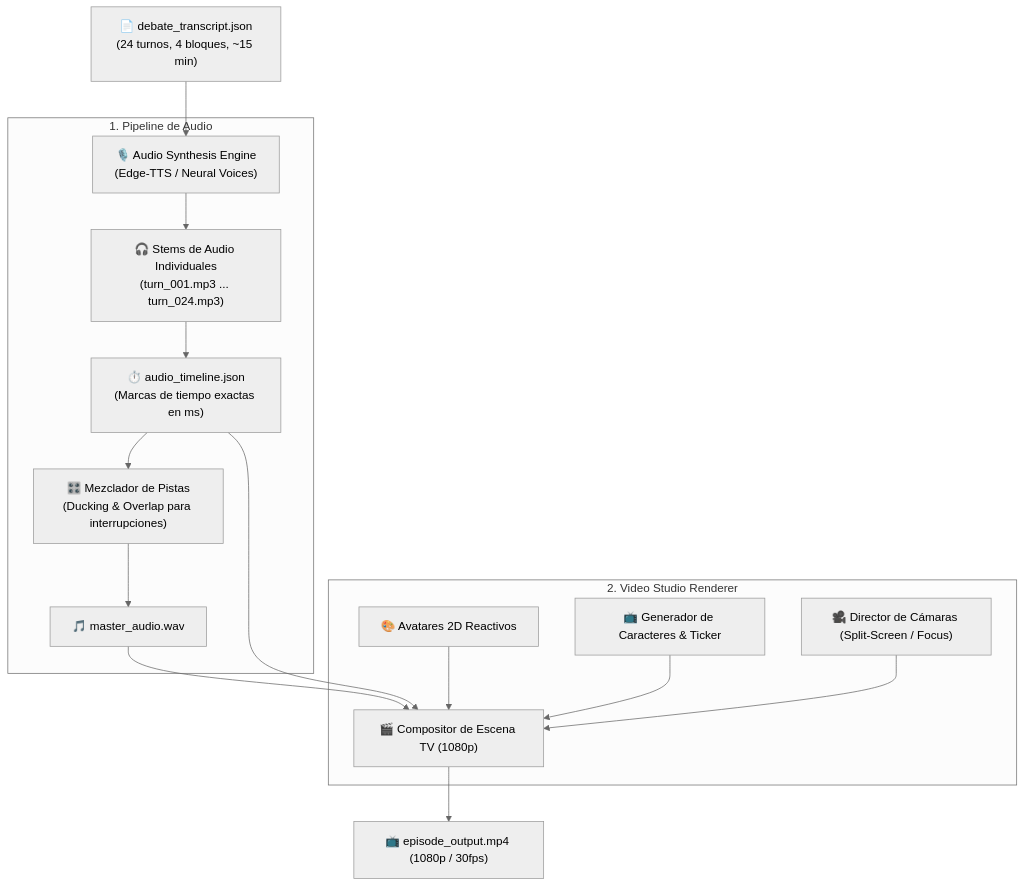
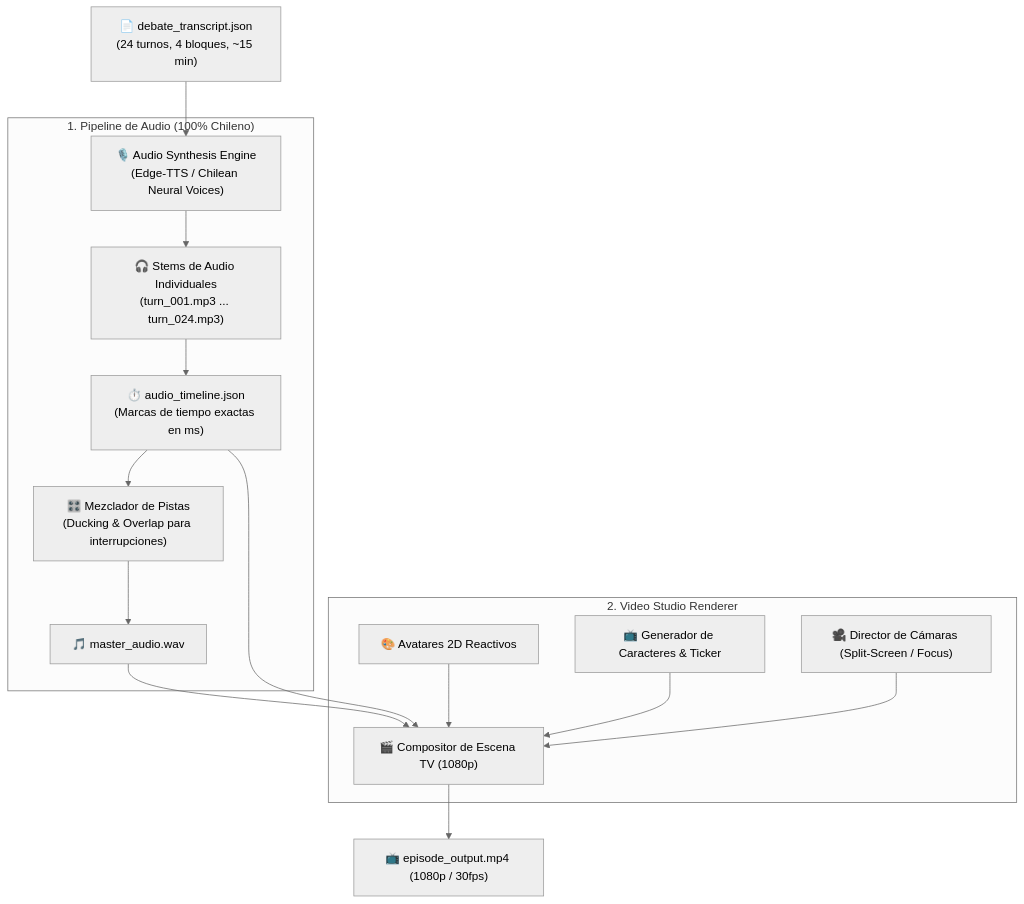
Before and after one commit to geoidegeoidal/political_deathmatch: the diagram in openspec/changes/003-tts-audio-and-video-studio/design.md, drawn with Mermaid (neutral theme). The commit also changed other lines of this file and 2 other files, not shown here.

Commit message:
feat(personas): adjust all 15 personas and voices to 100% authentic Chilean archetypes and sociocultural registers

````diff
--- a/openspec/changes/003-tts-audio-and-video-studio/design.md
+++ b/openspec/changes/003-tts-audio-and-video-studio/design.md
@@ -5,21 +5,21 @@
 ```mermaid
 flowchart TD
-    Transcript["📄 debate_transcript.json<br/>(24 turnos, 4 bloques, ~15 min)"] --> AudioPipeline["🎙️ Audio Synthesis Engine<br/>(Edge-TTS / Neural Voices)"]
+    Transcript["📄 debate_transcript.json<br/>(24 turnos, 4 bloques, ~15 min)"] --> AudioPipeline["🎙️ Audio Synthesis Engine<br/>(Edge-TTS / Chilean Neural Voices)"]
     
-    subgraph AudioEngine ["1. Pipeline de Audio"]
+    subgraph AudioEngine ["1. Pipeline de Audio (100% Chileno)"]
         AudioPipeline --> Stems["🎧 Stems de Audio Individuales<br/>(turn_001.mp3 ... turn_024.mp3)"]
         Stems --> Timeline["⏱️ audio_timeline.json<br/>(Marcas de tiempo exactas en ms)"]
         Timeline --> Mixer["🎛️ Mezclador de Pistas<br/>(Ducking & Overlap para interrupciones)"]
         Mixer --> MasterAudio["🎵 master_audio.wav"]
     end
 
     subgraph VideoEngine ["2. Video Studio Renderer"]
         MasterAudio --> Composer["🎬 Compositor de Escena TV (1080p)"]
         Timeline --> Composer
         Avatars["🎨 Avatares 2D Reactivos"] --> Composer
         GC["📺 Generador de Caracteres & Ticker"] --> Composer
         Camera["🎥 Director de Cámaras (Split-Screen / Focus)"] --> Composer
     end
 
     Composer --> FinalVideo["📺 episode_output.mp4 (1080p / 30fps)"]
 ```
````
